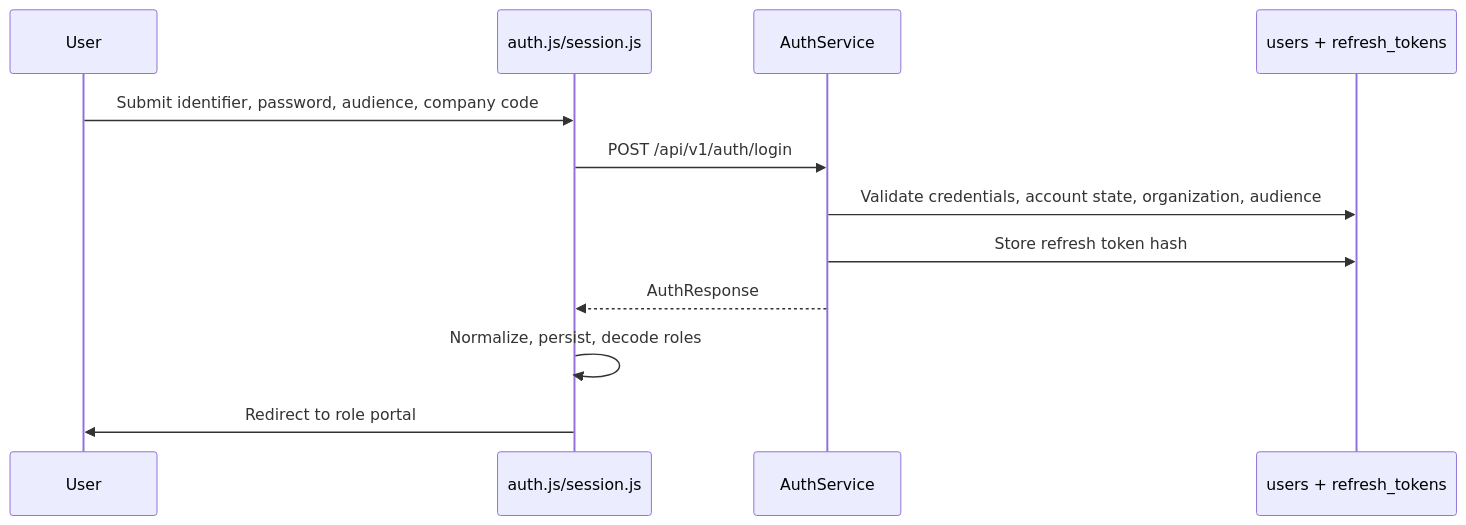
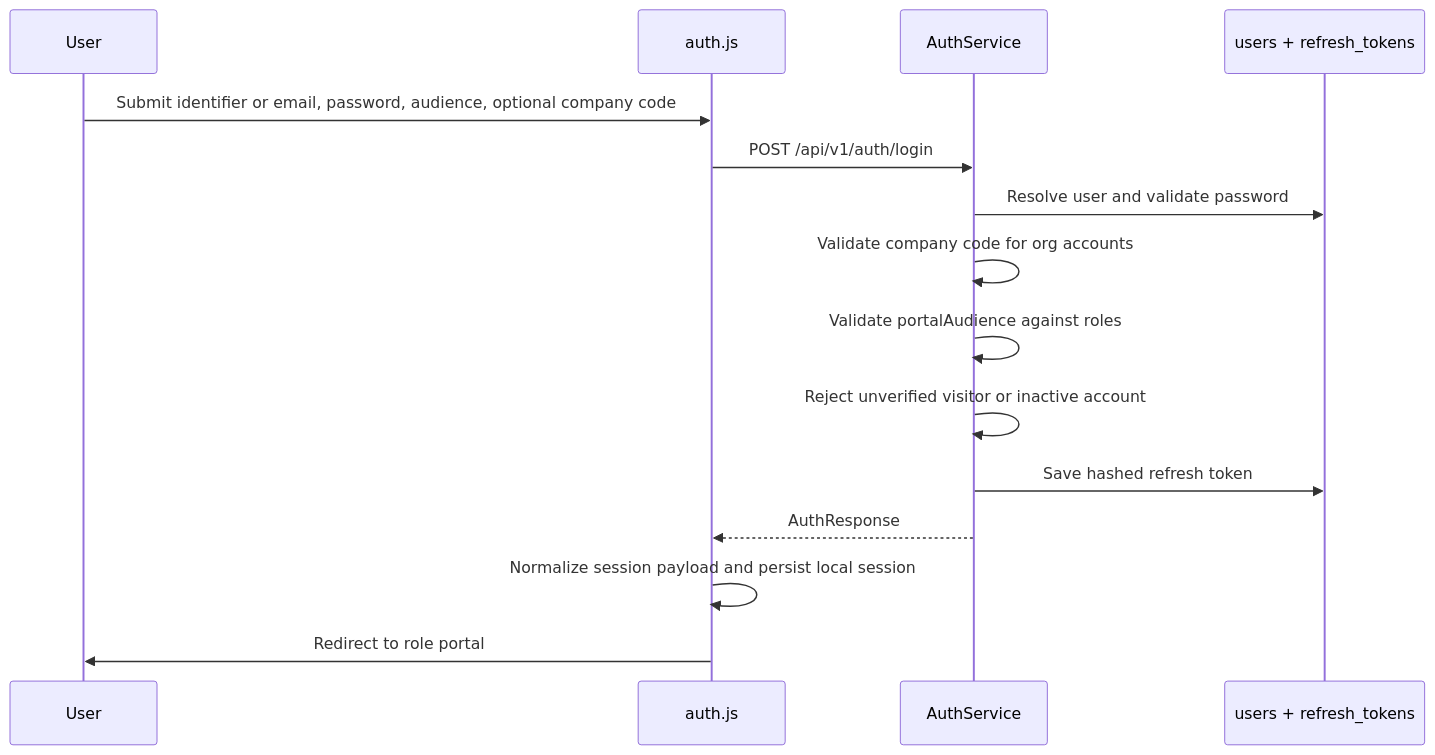
The fifth of 42 diagrams in PROJECT_OVERVIEW.md (digitaldodo/visitor-management-system), drawn with Mermaid before and after one commit. The commit also changed other lines of this file and 1 other file, not shown here.

````diff
--- a/PROJECT_OVERVIEW.md
+++ b/PROJECT_OVERVIEW.md
@@ -140,15 +191,18 @@
 ```mermaid
 sequenceDiagram
     participant User
-    participant FE as auth.js/session.js
+    participant FE as auth.js
     participant API as AuthService
     participant DB as users + refresh_tokens
 
-    User->>FE: Submit identifier, password, audience, company code
+    User->>FE: Submit identifier or email, password, audience, optional company code
     FE->>API: POST /api/v1/auth/login
-    API->>DB: Validate credentials, account state, organization, audience
-    API->>DB: Store refresh token hash
+    API->>DB: Resolve user and validate password
+    API->>API: Validate company code for org accounts
+    API->>API: Validate portalAudience against roles
+    API->>API: Reject unverified visitor or inactive account
+    API->>DB: Save hashed refresh token
     API-->>FE: AuthResponse
-    FE->>FE: Normalize, persist, decode roles
+    FE->>FE: Normalize session payload and persist local session
     FE->>User: Redirect to role portal
 ```
````
